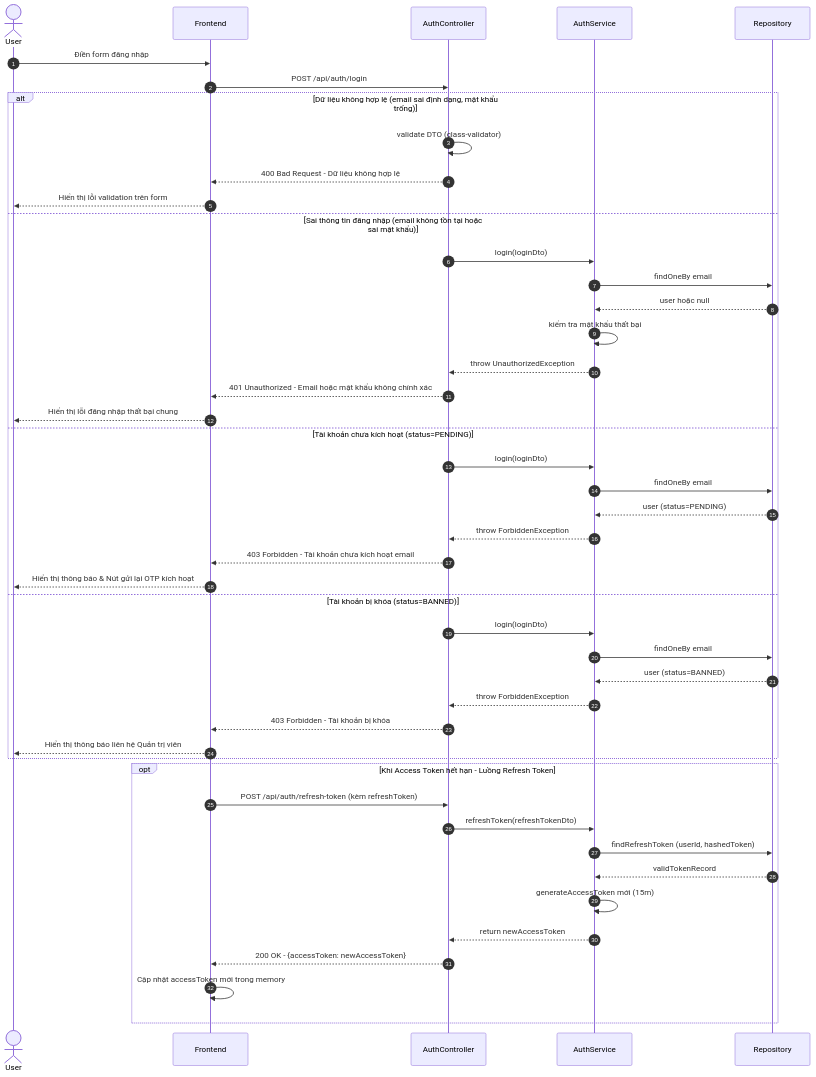
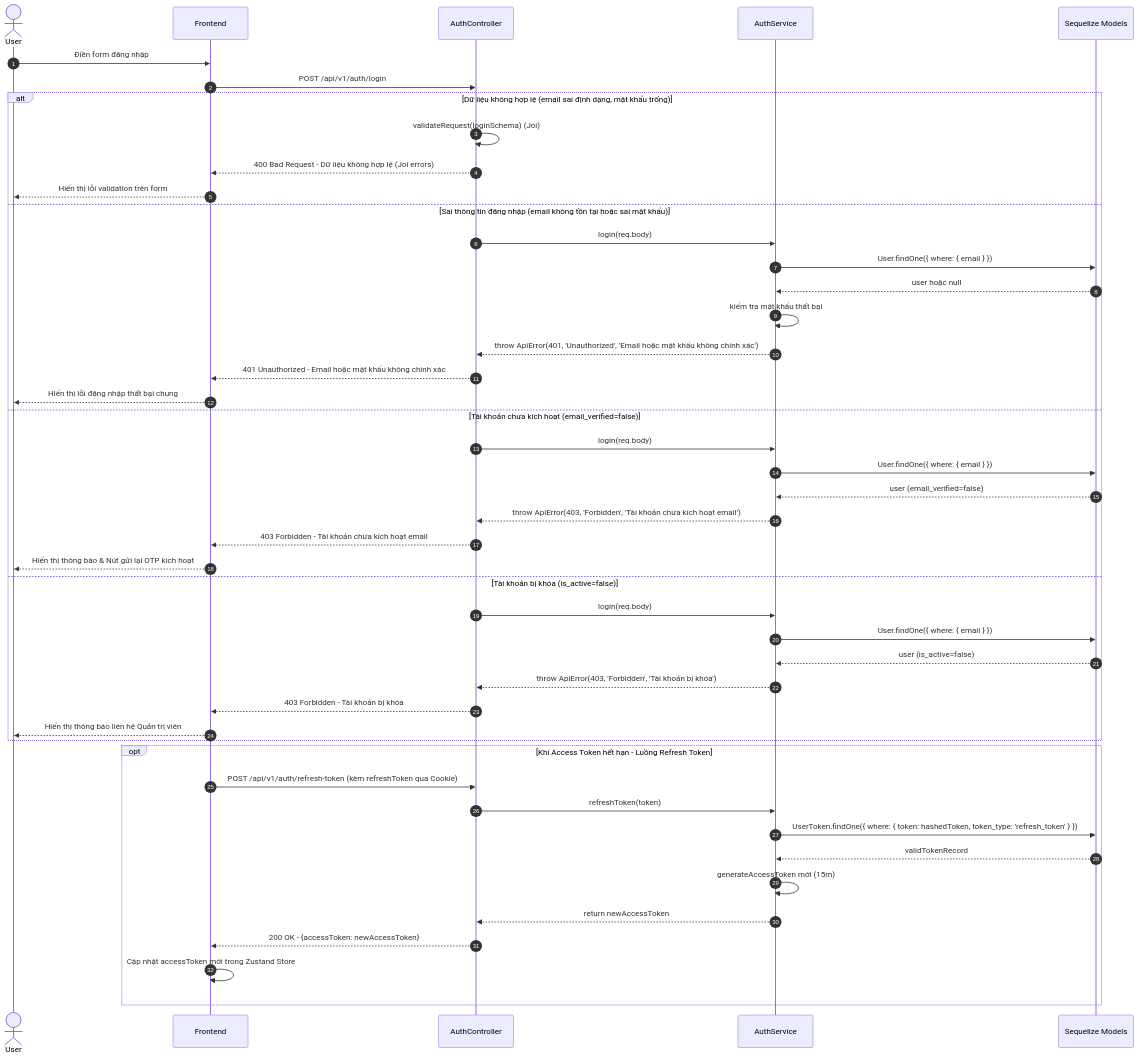
The second of 2 diagrams in docs/sequences/seq-auth-002.md (dunghvd79/eduverse), drawn with Mermaid before and after one commit. The commit also changed other lines of this file and 11 other files, not shown here.

Commit message:
docs: synchronize sequence diagrams and API conventions to Express.js and Sequelize

````diff
--- a/docs/sequences/seq-auth-002.md
+++ b/docs/sequences/seq-auth-002.md
@@ -44,51 +45,51 @@
 ```mermaid
 sequenceDiagram
     autonumber
     actor User as User
     participant FE as Frontend
     participant CTRL as AuthController
     participant SVC as AuthService
-    participant DB as Repository
+    participant DB as Sequelize Models
 
     User->>FE: Điền form đăng nhập
-    FE->>CTRL: POST /api/auth/login
+    FE->>CTRL: POST /api/v1/auth/login
 
     alt Dữ liệu không hợp lệ (email sai định dạng, mật khẩu trống)
-        CTRL->>CTRL: validate DTO (class-validator)
-        CTRL-->>FE: 400 Bad Request - Dữ liệu không hợp lệ
+        CTRL->>CTRL: validateRequest(loginSchema) (Joi)
+        CTRL-->>FE: 400 Bad Request - Dữ liệu không hợp lệ (Joi errors)
         FE-->>User: Hiển thị lỗi validation trên form
     else Sai thông tin đăng nhập (email không tồn tại hoặc sai mật khẩu)
-        CTRL->>SVC: login(loginDto)
-        SVC->>DB: findOneBy email
+        CTRL->>SVC: login(req.body)
+        SVC->>DB: User.findOne({ where: { email } })
         DB-->>SVC: user hoặc null
         SVC->>SVC: kiểm tra mật khẩu thất bại
-        SVC-->>CTRL: throw UnauthorizedException
+        SVC-->>CTRL: throw ApiError(401, 'Unauthorized', 'Email hoặc mật khẩu không chính xác')
         CTRL-->>FE: 401 Unauthorized - Email hoặc mật khẩu không chính xác
         FE-->>User: Hiển thị lỗi đăng nhập thất bại chung
-    else Tài khoản chưa kích hoạt (status=PENDING)
-        CTRL->>SVC: login(loginDto)
-        SVC->>DB: findOneBy email
-        DB-->>SVC: user (status=PENDING)
-        SVC-->>CTRL: throw ForbiddenException
+    else Tài khoản chưa kích hoạt (email_verified=false)
+        CTRL->>SVC: login(req.body)
+        SVC->>DB: User.findOne({ where: { email } })
+        DB-->>SVC: user (email_verified=false)
+        SVC-->>CTRL: throw ApiError(403, 'Forbidden', 'Tài khoản chưa kích hoạt email')
         CTRL-->>FE: 403 Forbidden - Tài khoản chưa kích hoạt email
         FE-->>User: Hiển thị thông báo & Nút gửi lại OTP kích hoạt
-    else Tài khoản bị khóa (status=BANNED)
-        CTRL->>SVC: login(loginDto)
-        SVC->>DB: findOneBy email
-        DB-->>SVC: user (status=BANNED)
-        SVC-->>CTRL: throw ForbiddenException
+    else Tài khoản bị khóa (is_active=false)
+        CTRL->>SVC: login(req.body)
+        SVC->>DB: User.findOne({ where: { email } })
+        DB-->>SVC: user (is_active=false)
+        SVC-->>CTRL: throw ApiError(403, 'Forbidden', 'Tài khoản bị khóa')
         CTRL-->>FE: 403 Forbidden - Tài khoản bị khóa
         FE-->>User: Hiển thị thông báo liên hệ Quản trị viên
     end
 
     opt Khi Access Token hết hạn - Luồng Refresh Token
-        FE->>CTRL: POST /api/auth/refresh-token (kèm refreshToken)
-        CTRL->>SVC: refreshToken(refreshTokenDto)
-        SVC->>DB: findRefreshToken (userId, hashedToken)
+        FE->>CTRL: POST /api/v1/auth/refresh-token (kèm refreshToken qua Cookie)
+        CTRL->>SVC: refreshToken(token)
+        SVC->>DB: UserToken.findOne({ where: { token: hashedToken, token_type: 'refresh_token' } })
         DB-->>SVC: validTokenRecord
         SVC->>SVC: generateAccessToken mới (15m)
         SVC-->>CTRL: return newAccessToken
         CTRL-->>FE: 200 OK - {accessToken: newAccessToken}
-        FE->>FE: Cập nhật accessToken mới trong memory
+        FE->>FE: Cập nhật accessToken mới trong Zustand Store
     end
 ```
````
